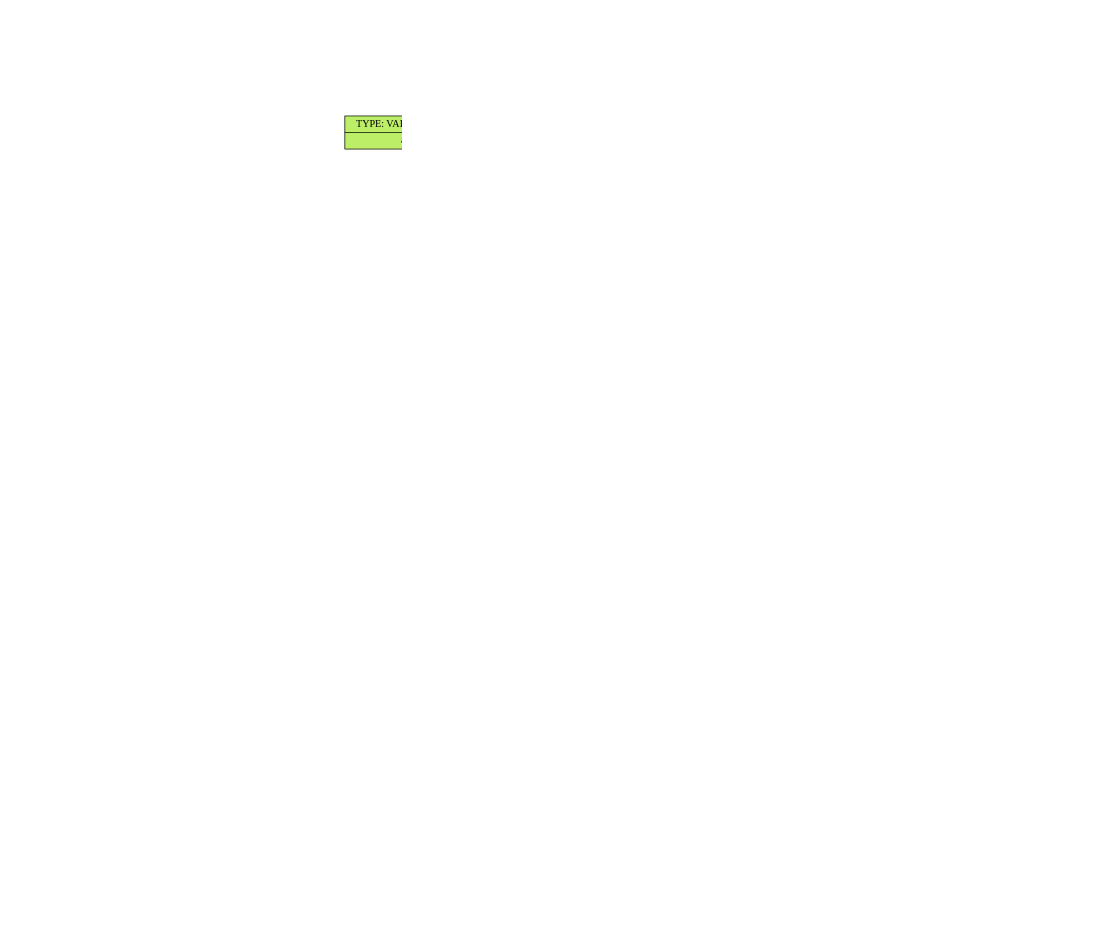
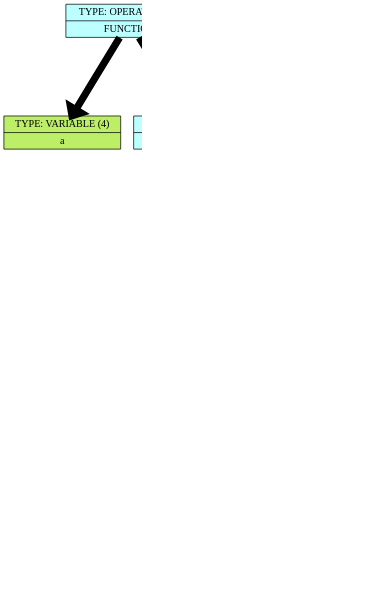
Before and after one commit to Troll0ton/Trollanguage: the diagram in frontend/dump/list_graph.dot, drawn with Graphviz. The commit also changed 83 other files, not shown here.

```diff
--- a/frontend/dump/list_graph.dot
+++ b/frontend/dump/list_graph.dot
@@ -1,89 +1,35 @@
 digraph structs {    
 rankdir = TB;        
 graph [dpi = 200];   
 ranksep = 1.5;       
 edge[penwidth = 10]; 
 cell0 [style = filled, color = black, shape=record, 
 fillcolor = paleturquoise1, label = " { <ptr> TYPE: OPERATION (0) | FUNCTION} " ];                         
 cell1 [style = filled, color = black, shape=record, 
 fillcolor = darkolivegreen2, label = " { <ptr> TYPE: VARIABLE (4) | a} " ];                         
 cell2 [style = filled, color = black, shape=record, 
 fillcolor = paleturquoise1, label = " { <ptr> TYPE: OPERATION (0) | BODY} " ];                         
 cell3 [style = filled, color = black, shape=record, 
 fillcolor = paleturquoise1, label = " { <ptr> TYPE: OPERATION (0) | STATEMENT} " ];                         
 cell4 [style = filled, color = black, shape=record, 
-fillcolor = paleturquoise1, label = " { <ptr> TYPE: OPERATION (0) | STATEMENT} " ];                         
+fillcolor = paleturquoise1, label = " { <ptr> TYPE: OPERATION (0) | scan} " ];                         
 cell5 [style = filled, color = black, shape=record, 
-fillcolor = paleturquoise1, label = " { <ptr> TYPE: OPERATION (0) | STATEMENT} " ];                         
+fillcolor = darkolivegreen2, label = " { <ptr> TYPE: VARIABLE (4) | a} " ];                         
 cell6 [style = filled, color = black, shape=record, 
-fillcolor = paleturquoise1, label = " { <ptr> TYPE: OPERATION (0) | scan} " ];                         
+fillcolor = paleturquoise1, label = " { <ptr> TYPE: OPERATION (0) | out} " ];                         
 cell7 [style = filled, color = black, shape=record, 
+fillcolor = paleturquoise1, label = " { <ptr> TYPE: OPERATION (1) | add} " ];                         
+cell8 [style = filled, color = black, shape=record, 
 fillcolor = darkolivegreen2, label = " { <ptr> TYPE: VARIABLE (4) | a} " ];                         
-cell8 [style = filled, color = black, shape=record, 
-fillcolor = paleturquoise1, label = " { <ptr> TYPE: OPERATION (0) | ASSIGNMENT} " ];                         
 cell9 [style = filled, color = black, shape=record, 
-fillcolor = darkolivegreen2, label = " { <ptr> TYPE: VARIABLE (4) | b} " ];                         
-cell10 [style = filled, color = black, shape=record, 
-fillcolor = coral2, label = " { <ptr> TYPE: NUMERIC (4) | 1} " ];                         
-cell11 [style = filled, color = black, shape=record, 
-fillcolor = paleturquoise1, label = " { <ptr> TYPE: OPERATION (0) | WHILE} " ];                         
-cell12 [style = filled, color = black, shape=record, 
-fillcolor = paleturquoise1, label = " { <ptr> TYPE: OPERATION (0) | OVER} " ];                         
-cell13 [style = filled, color = black, shape=record, 
-fillcolor = darkolivegreen2, label = " { <ptr> TYPE: VARIABLE (4) | a} " ];                         
-cell14 [style = filled, color = black, shape=record, 
-fillcolor = coral2, label = " { <ptr> TYPE: NUMERIC (4) | 0} " ];                         
-cell15 [style = filled, color = black, shape=record, 
-fillcolor = paleturquoise1, label = " { <ptr> TYPE: OPERATION (0) | STATEMENT} " ];                         
-cell16 [style = filled, color = black, shape=record, 
-fillcolor = paleturquoise1, label = " { <ptr> TYPE: OPERATION (0) | ASSIGNMENT} " ];                         
-cell17 [style = filled, color = black, shape=record, 
-fillcolor = darkolivegreen2, label = " { <ptr> TYPE: VARIABLE (4) | b} " ];                         
-cell18 [style = filled, color = black, shape=record, 
-fillcolor = paleturquoise1, label = " { <ptr> TYPE: OPERATION (2) | mul} " ];                         
-cell19 [style = filled, color = black, shape=record, 
-fillcolor = darkolivegreen2, label = " { <ptr> TYPE: VARIABLE (4) | b} " ];                         
-cell20 [style = filled, color = black, shape=record, 
-fillcolor = darkolivegreen2, label = " { <ptr> TYPE: VARIABLE (4) | a} " ];                         
-cell21 [style = filled, color = black, shape=record, 
-fillcolor = paleturquoise1, label = " { <ptr> TYPE: OPERATION (0) | ASSIGNMENT} " ];                         
-cell22 [style = filled, color = black, shape=record, 
-fillcolor = darkolivegreen2, label = " { <ptr> TYPE: VARIABLE (4) | a} " ];                         
-cell23 [style = filled, color = black, shape=record, 
-fillcolor = paleturquoise1, label = " { <ptr> TYPE: OPERATION (1) | sub} " ];                         
-cell24 [style = filled, color = black, shape=record, 
-fillcolor = darkolivegreen2, label = " { <ptr> TYPE: VARIABLE (4) | a} " ];                         
-cell25 [style = filled, color = black, shape=record, 
-fillcolor = coral2, label = " { <ptr> TYPE: NUMERIC (4) | 1} " ];                         
-cell26 [style = filled, color = black, shape=record, 
-fillcolor = paleturquoise1, label = " { <ptr> TYPE: OPERATION (0) | out} " ];                         
-cell27 [style = filled, color = black, shape=record, 
-fillcolor = darkolivegreen2, label = " { <ptr> TYPE: VARIABLE (4) | b} " ];                         
+fillcolor = coral2, label = " { <ptr> TYPE: NUMERIC (4) | 180} " ];                         
 cell0 -> cell1;
 cell0 -> cell2;
 cell2 -> cell3;
 cell3 -> cell4;
 cell4 -> cell5;
-cell5 -> cell6;
+cell3 -> cell6;
 cell6 -> cell7;
-cell5 -> cell8;
-cell8 -> cell9;
-cell8 -> cell10;
-cell4 -> cell11;
-cell11 -> cell12;
-cell12 -> cell13;
-cell12 -> cell14;
-cell11 -> cell15;
-cell15 -> cell16;
-cell16 -> cell17;
-cell16 -> cell18;
-cell18 -> cell19;
-cell18 -> cell20;
-cell15 -> cell21;
-cell21 -> cell22;
-cell21 -> cell23;
-cell23 -> cell24;
-cell23 -> cell25;
-cell3 -> cell26;
-cell26 -> cell27;
+cell7 -> cell8;
+cell7 -> cell9;
 }
```
